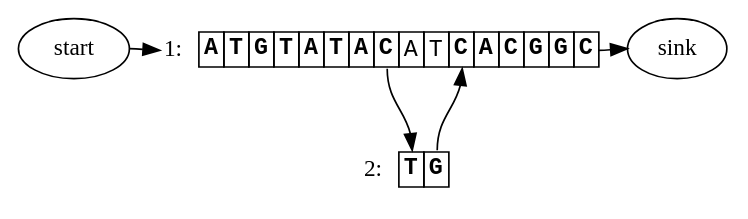
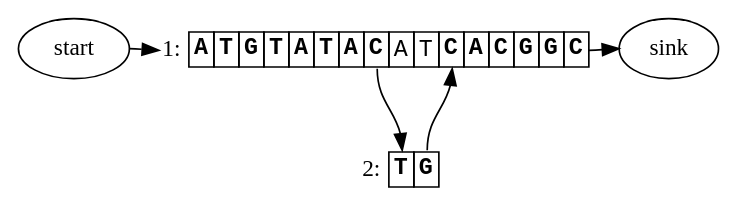
The diagram in docs/figures/figure_1.dot (ginkgobioworks/gen), drawn with Graphviz before and after one commit. The commit also changed 11 other files, not shown here.

```diff
--- a/docs/figures/figure_1.dot
+++ b/docs/figures/figure_1.dot
@@ -1,34 +1,34 @@
 strict digraph "" {
 	graph [rankdir=TD,
 		splines=true
 	];
 	node [label="\N"];
 	source	[label=start];
-	1	[label=<<TABLE BORDER='0' CELLBORDER='1' CELLSPACING='0'><TR><TD BORDER='0' PORT='caption'>1: </TD><TD PORT='0'><FONT FACE='Courier New'><B>A</B></FONT></TD>
+	1	[label=<<TABLE BORDER='0' CELLBORDER='1' CELLSPACING='0'><TR><TD BORDER='0' PORT='caption' ALIGN='right'>1:</TD><TD PORT='0'><FONT FACE='Courier New'><B>A</B></FONT></TD>
 <TD PORT='1'><FONT FACE='Courier New'><B>T</B></FONT></TD>
 <TD PORT='2'><FONT FACE='Courier New'><B>G</B></FONT></TD>
 <TD PORT='3'><FONT FACE='Courier New'><B>T</B></FONT></TD>
 <TD PORT='4'><FONT FACE='Courier New'><B>A</B></FONT></TD>
 <TD PORT='5'><FONT FACE='Courier New'><B>T</B></FONT></TD>
 <TD PORT='6'><FONT FACE='Courier New'><B>A</B></FONT></TD>
 <TD PORT='7'><FONT FACE='Courier New'><B>C</B></FONT></TD>
 <TD PORT='8'><FONT FACE='Courier New'>A</FONT></TD>
 <TD PORT='9'><FONT FACE='Courier New'>T</FONT></TD>
 <TD PORT='10'><FONT FACE='Courier New'><B>C</B></FONT></TD>
 <TD PORT='11'><FONT FACE='Courier New'><B>A</B></FONT></TD>
 <TD PORT='12'><FONT FACE='Courier New'><B>C</B></FONT></TD>
 <TD PORT='13'><FONT FACE='Courier New'><B>G</B></FONT></TD>
 <TD PORT='14'><FONT FACE='Courier New'><B>G</B></FONT></TD>
 <TD PORT='15'><FONT FACE='Courier New'><B>C</B></FONT></TD></TR></TABLE>>,
 		margin=0,
 		shape=none];
 	source:e -> 1:caption	[constraint=False];
-	2	[label=<<TABLE BORDER='0' CELLBORDER='1' CELLSPACING='0'><TR><TD BORDER='0' PORT='caption'>2: </TD><TD PORT='0'><FONT FACE='Courier New'><B>T</B></FONT></TD>
+	2	[label=<<TABLE BORDER='0' CELLBORDER='1' CELLSPACING='0'><TR><TD BORDER='0' PORT='caption' ALIGN='right'>2:</TD><TD PORT='0'><FONT FACE='Courier New'><B>T</B></FONT></TD>
 <TD PORT='1'><FONT FACE='Courier New'><B>G</B></FONT></TD></TR></TABLE>>,
 		margin=0,
 		shape=none];
 	1:7 -> 2:0;
 	sink	[label=sink];
 	1:15 -> sink:w	[constraint=False];
 	2:1 -> 1:10;
 }
```
